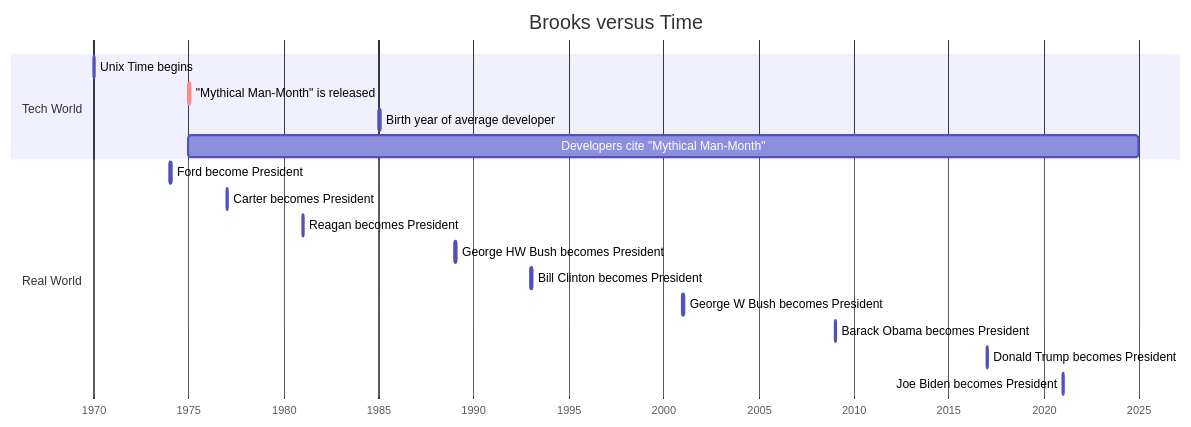
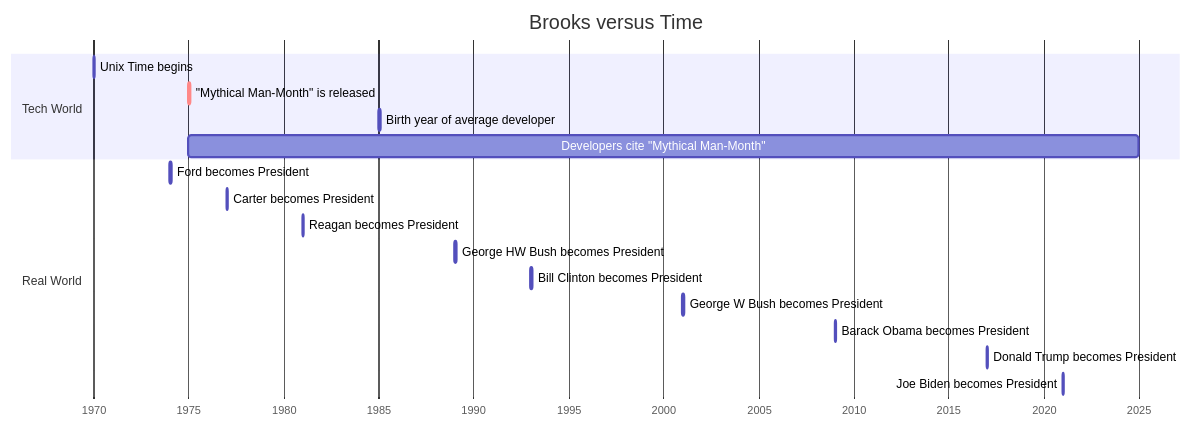
One commit to AshwinSundar/ashwinsundar changed the diagram in content/story-points-stupid.md. Above: the diagram before and after it, drawn with Mermaid.

````diff
--- a/content/story-points-stupid.md
+++ b/content/story-points-stupid.md
@@ -34,22 +34,22 @@
 ```mermaid
 gantt
     title Brooks versus Time
     axisFormat %Y
     section Tech World
         Unix Time begins: 1970, 30d
         "Mythical Man-Month" is released:crit, 1975, 30d
         Birth year of average developer: 1985, 30d
         Developers cite "Mythical Man-Month": 1975, 50y
     section Real World
-      Ford become President: 1974, 30d
+      Ford becomes President: 1974, 30d
       Carter becomes President: 1977, 30d
       Reagan becomes President: 1981, 30d
       George HW Bush becomes President: 1989, 30d
       Bill Clinton becomes President: 1993, 30d
       George W Bush becomes President: 2001, 30d
       Barack Obama becomes President: 2009, 30d
       Donald Trump becomes President: 2017, 30d
       Joe Biden becomes President: 2021, 30d
 
 
 ```
````
